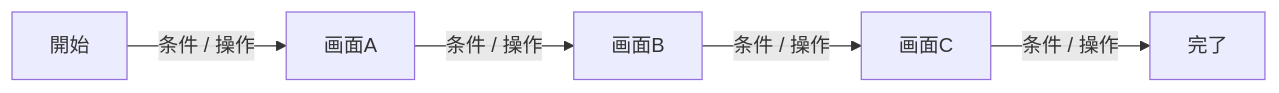
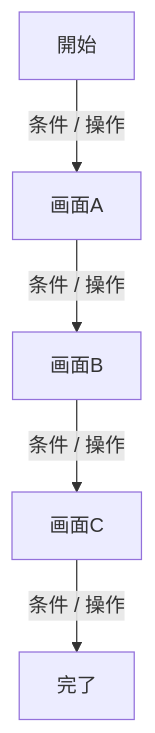
One commit to mirai-build/agent-skills changed the diagram in skills/mb-ux-designer/assets/templates/05_navigation_map/01_navigation_map.md. Above: the diagram before and after it, drawn with Mermaid. The commit also changed 19 other files, not shown here.

````diff
--- a/skills/mb-ux-designer/assets/templates/05_navigation_map/01_navigation_map.md
+++ b/skills/mb-ux-designer/assets/templates/05_navigation_map/01_navigation_map.md
@@ -15,13 +15,13 @@
 ```mermaid
-flowchart LR
+flowchart
   Start["開始"]
   ScreenA["画面A"]
   ScreenB["画面B"]
   ScreenC["画面C"]
   End["完了"]
 
   Start -->|"条件 / 操作"| ScreenA
   ScreenA -->|"条件 / 操作"| ScreenB
   ScreenB -->|"条件 / 操作"| ScreenC
   ScreenC -->|"条件 / 操作"| End
 ```
````
